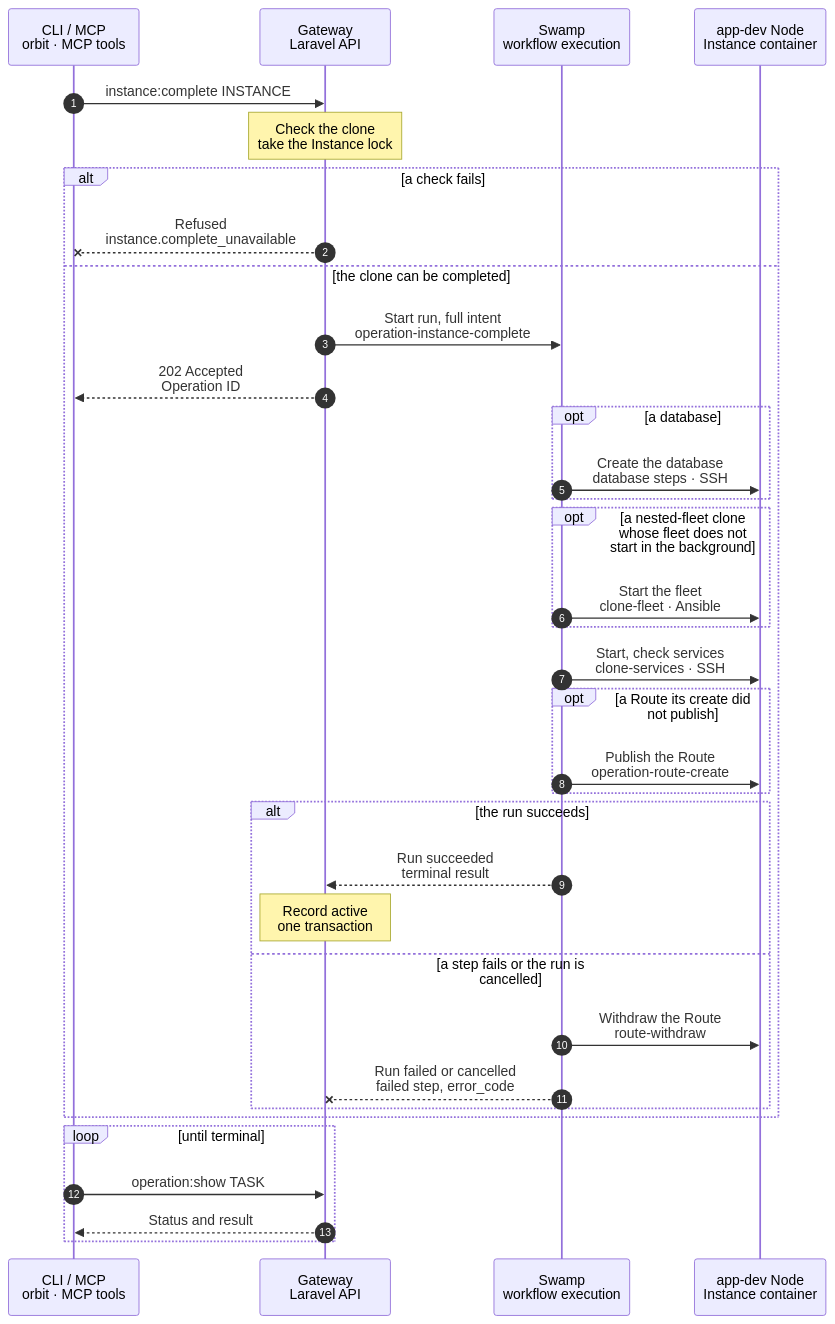
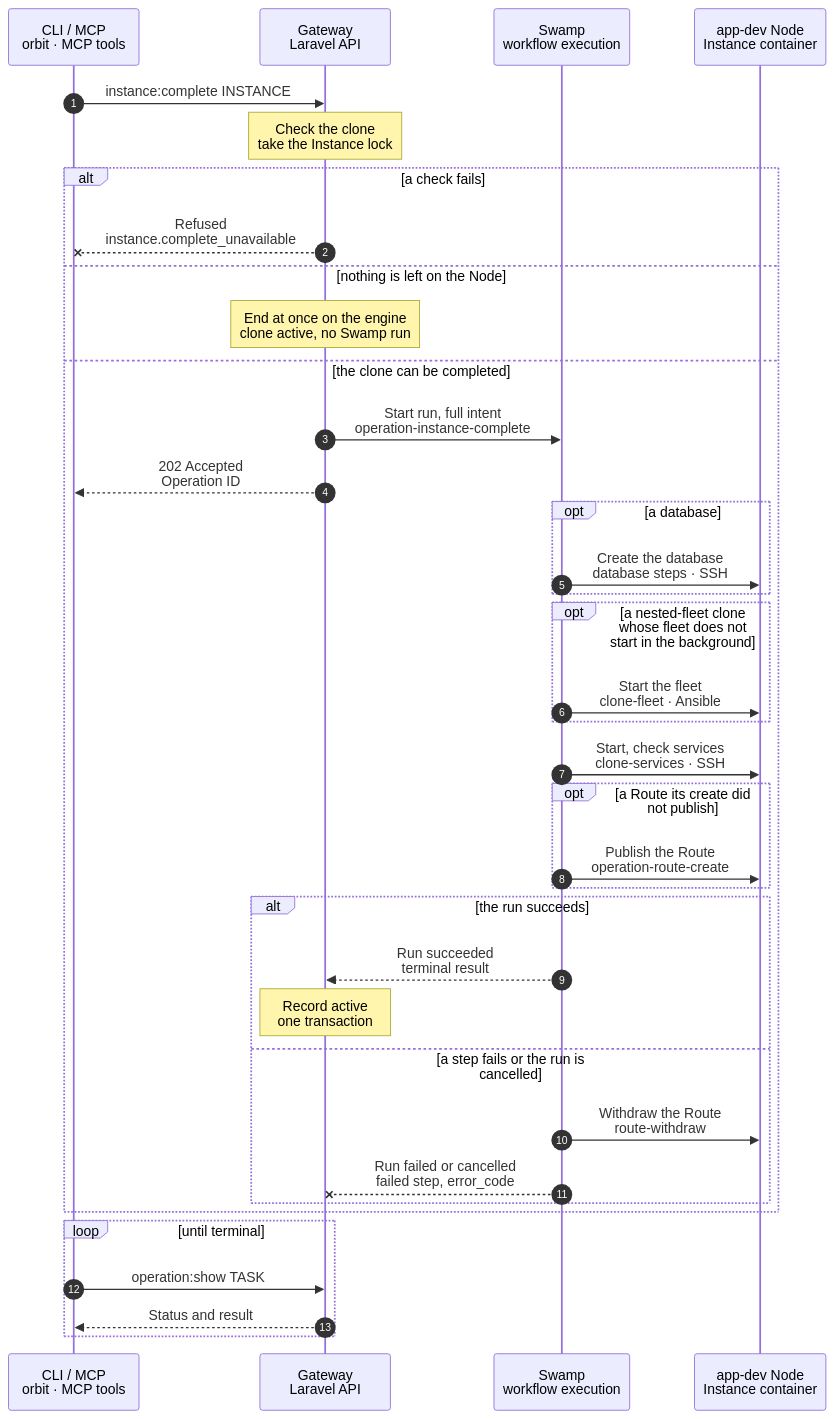
The diagram in docs/cli/instance/complete.mmd (hardimpactdev/orbit), drawn with Mermaid before and after one commit. The commit also changed 23 other files, not shown here.

First line of the commit message:
End a completion with nothing left on its Node at once, on the engine

```diff
--- a/docs/cli/instance/complete.mmd
+++ b/docs/cli/instance/complete.mmd
@@ -1,106 +1,111 @@
 sequenceDiagram
   %% Target design (docs/reference/development-containers.md#complete-a-clone and #a-clone-create-is-two-operations): the second Operation of a clone create. It starts the Processes, fills the database, starts a nested fleet, publishes the Route when its create did not, and checks the clone; only its success makes the clone `active`.
   %% Decided by the owner (2026-11-14): the create publishes the address when its Route Nodes are free at admission (container/create.mmd). The completion publishes only a Route that is not published: Nodes held at the create's admission, a publication that failed in the create, or a retry after a failed publication.
   %% status: draft
   %% command: instance:complete
   %% kind: instance.complete
   autonumber
   %% lane CL icon=terminal pill=caller tone=gray
   %% lane GW icon=gateway pill=intent tone=blue
   %% lane SW icon=workflow pill=executes tone=green
   %% lane N icon=server pill=target tone=amber
   participant CL as CLI / MCP<br/>orbit · MCP tools
   participant GW as Gateway<br/>Laravel API
   participant SW as Swamp<br/>workflow execution
   participant N as app-dev Node<br/>Instance container
   CL->>GW: instance:complete INSTANCE
   %%> Command:
   %%> - `orbit instance:complete 42`
   %%> - syntax: `instance:complete <instance> [--json]`
   %%> Callers:
   %%> - the command, to retry after a failed completion
   %%> - the create's terminal projection, in the same transaction that ends the create
   Note over GW: Check the clone<br/>take the Instance lock
   %%> Requirements:
   %%> - a container clone, `source_resolved`, with its starting commit recorded
   %%> - its T3 server is registered
   %%> - no other Operation holds the Instance
   %%> Captures:
   %%> - the create's admitted database plan and Processes
   %%> - a Route whose sites are not published: its publication from the current site catalog, and its serving Nodes held from admission to the end, as Route create does
   %%> - a Route the create published: no publication and no Node hold
   alt a check fails
     %% path: refused
     GW--xCL: Refused<br/>instance.complete_unavailable
     %%> Result:
     %%> - nothing changes; no Operation starts
     %%> - a held Instance lock refuses with `operation.target_busy`
+  else nothing is left on the Node
+    %% path: engine
+    Note over GW: End at once on the engine<br/>clone active, no Swamp run
+    %%> When: the create said `services: seed` (the seed holds the services part), and there is no database, Valkey user, Route publication or fleet start
+    %%> The engine runs it with no step; its projection makes the clone `active` as a succeeded run does
   else the clone can be completed
     %% path: main
     GW->>SW: Start run, full intent<br/>operation-instance-complete
     %%> What it sends:
     %%> - the intent with the launcher program, and one vault copy: the release scripts beside the Process files, one line
     GW-->>CL: 202 Accepted<br/>Operation ID
     opt a database
       SW->>N: Create the database<br/>database steps · SSH
       %%> What it does:
       %%> - the clone's own database on the default's server, then a copy of the default's data; the clone's own Valkey user beside it
       %%> On failure:
       %%> - `failed_step: database`
     end
     opt a nested-fleet clone whose fleet does not start in the background
       SW->>N: Start the fleet<br/>clone-fleet · Ansible
       %%> What it does:
       %%> - runs only when the create's result has no `fleet_start: background`: a Swamp create, or a seed without the tunnel's boot unit
       %%> - starts the nested containers and waits for Doctor and the three agents
       %%> - runs under `ic-clone-fleet-<node>-<instance id % 64>`, one of 64 names per Node; copies started at once start their fleets side by side, because Swamp fails a step that waits 60 s for a name another run holds
       %%> On failure:
       %%> - `failed_step: fleet` with the fleet phase's code
     end
     SW->>N: Start, check services<br/>clone-services · SSH
     %%> What it does:
     %%> - one dispatch: stages the release scripts from the completion's one copy into this run's own private folder; the create's folder is not read
     %%> - the services: PHP settings, file rights, Process files, web config, the Node store, then the units
     %%> - file rights: root's workspace pass, the same program as a deployment's (swamp/ansible/instance_workspace_owner.py): the group gets back what the owner has, and `agent` gets each entry that `orbit` owns, a link itself and never its target (ADR 0268); a copy of an older seed gets its owner here
     %%> - refuses when the checkout mark names another Instance
     %%> - writes no tracked file: the user's work in the checkout stays as it is
     %%> - then the check: the checkout mark, the agent's Git identity, PHP and every running unit
     %%> On failure:
     %%> - the stage or the services: `failed_step: workspace`
     %%> - a dead unit: `failed_step: check`, `instance.container_process_inactive` with its `process_failure` receipt
     opt a Route its create did not publish
       SW->>N: Publish the Route<br/>operation-route-create
       %%> When:
       %%> - in its own job, beside the container steps from the run's start
       %%> - only when the admission captured the Route: Nodes held at the create's admission, `route_publication: failed`, or a retry after a failed publication
       %%> What it does:
       %%> - the Route create children unchanged: CSR, sign, site, TLS probe
       %%> On failure:
       %%> - `failed_step: route`
     end
     alt the run succeeds
       %% path: completed
       SW-->>GW: Run succeeded<br/>terminal result
       Note over GW: Record active<br/>one transaction
       %%> Result:
       %%> - the Route is `active`, then the Instance `active` with `first_setup_pending` false
       %%> - for a task copy, in the same transaction, its reserved task runs and the task's completion-failure assistance request ends; any other request stays
     else a step fails or the run is cancelled
       %% path: failed
       SW->>N: Withdraw the Route<br/>route-withdraw
       %%> When:
       %%> - only when this run's Route step ran; no half Route stays
       %%> - an address the create published stays up, answering 502, until a retry or `instance:destroy`, which withdraws it; a retry that succeeds keeps it as it is
       SW--xGW: Run failed or cancelled<br/>failed step, error_code
       %%> Result:
       %%> - the Instance stays `source_resolved` with `failed_step` and `error_code`; the container keeps running and T3 keeps its thread
       %%> - `recovery.retry.command` is `instance:complete`; `instance:destroy` removes the clone
       %%> - for a task copy, Orbit keeps the copy: its task stays `reserved` and asks for assistance with this retry
       %%> Retry:
       %%> - the same command runs the whole completion again, with the steps a create retry runs
     end
   end
   loop until terminal
     CL->>GW: operation:show TASK
     GW-->>CL: Status and result
   end
```
